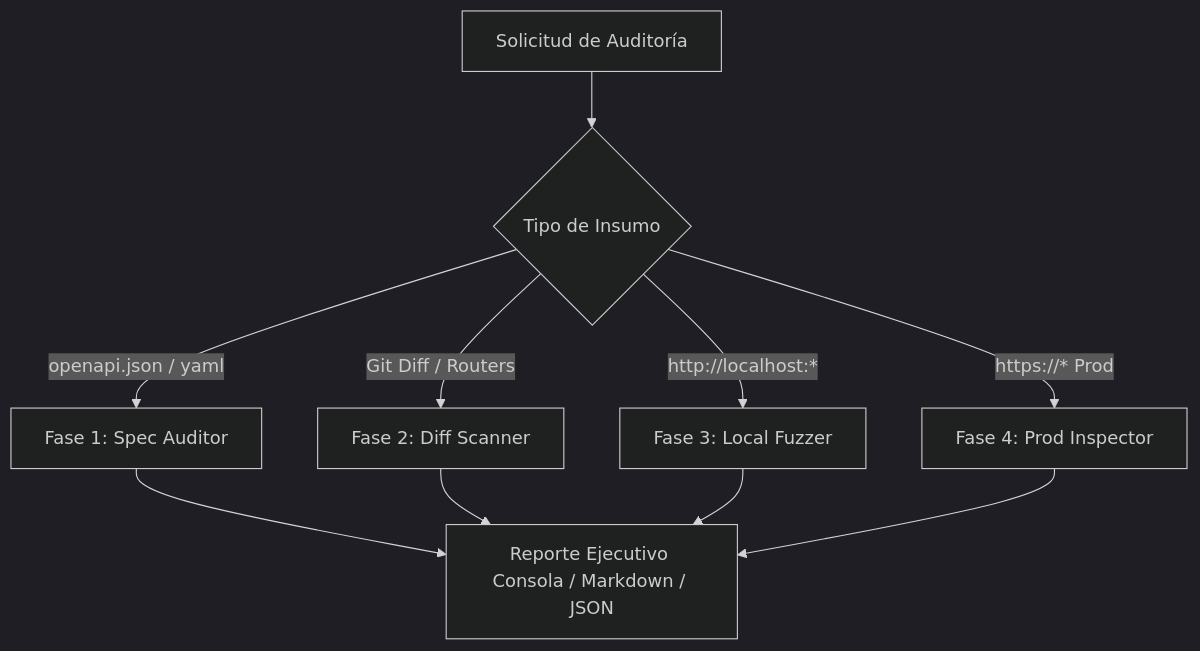
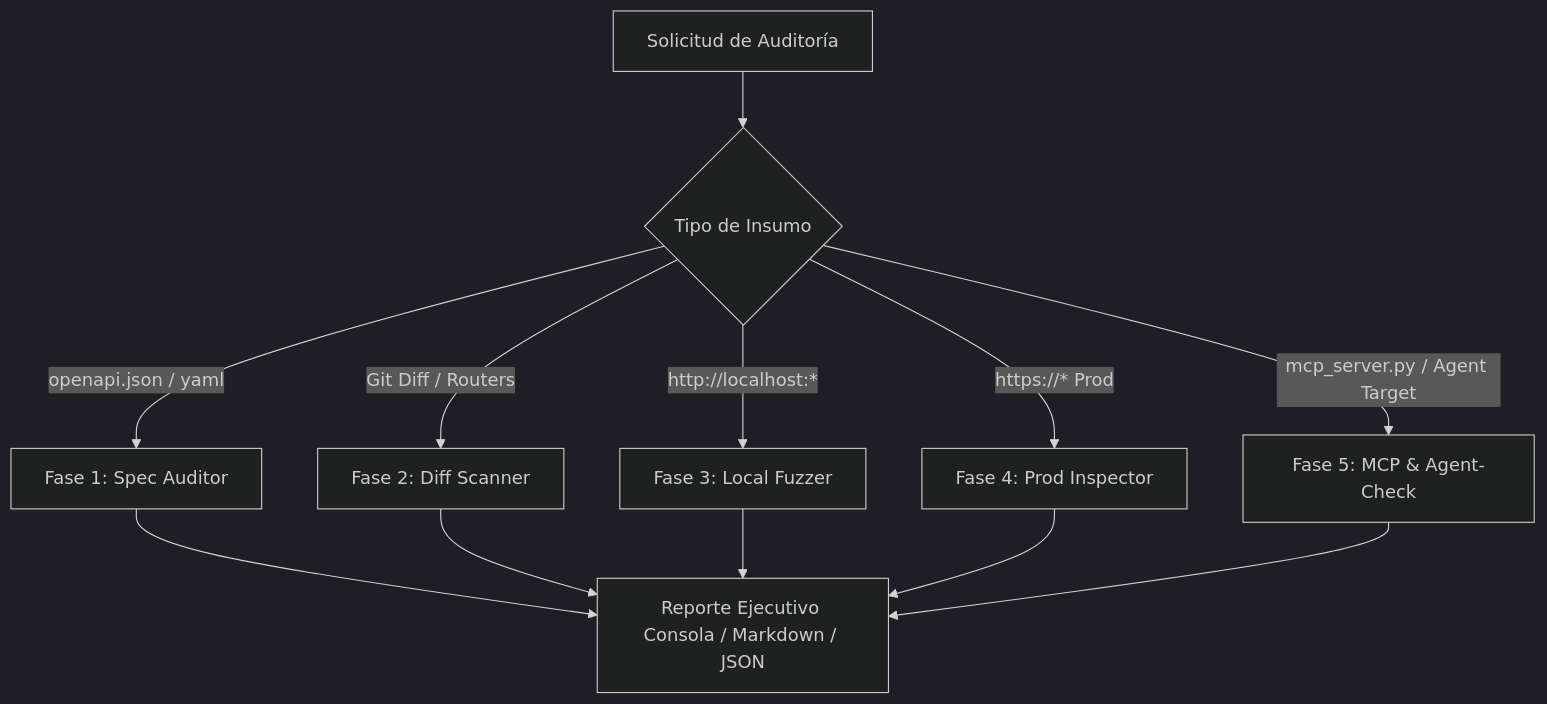
Before and after one commit to 11julio11/api-guardian: the diagram in README.md, drawn with Mermaid (dark theme). The commit also changed other lines of this file and 9 other files, not shown here.

Commit message:
feat: implement native MCP stdio protocol, agent-check, and OWASP API rules

````diff
--- a/README.md
+++ b/README.md
@@ -23,13 +25,15 @@
 ```mermaid
 flowchart TD
     A[Solicitud de Auditoría] --> B{Tipo de Insumo}
     B -->|openapi.json / yaml| C[Fase 1: Spec Auditor]
     B -->|Git Diff / Routers| D[Fase 2: Diff Scanner]
     B -->|http://localhost:*| E[Fase 3: Local Fuzzer]
     B -->|https://* Prod| F[Fase 4: Prod Inspector]
+    B -->|mcp_server.py / Agent Target| H[Fase 5: MCP & Agent-Check]
     
     C --> G[Reporte Ejecutivo Consola / Markdown / JSON]
     D --> G
     E --> G
     F --> G
+    H --> G
 ```
````
